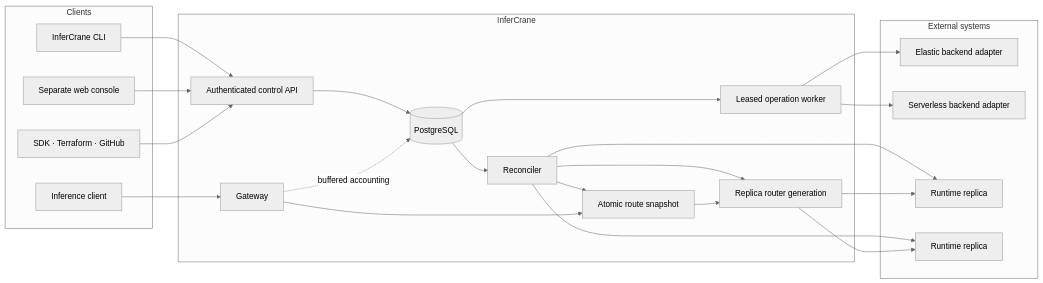
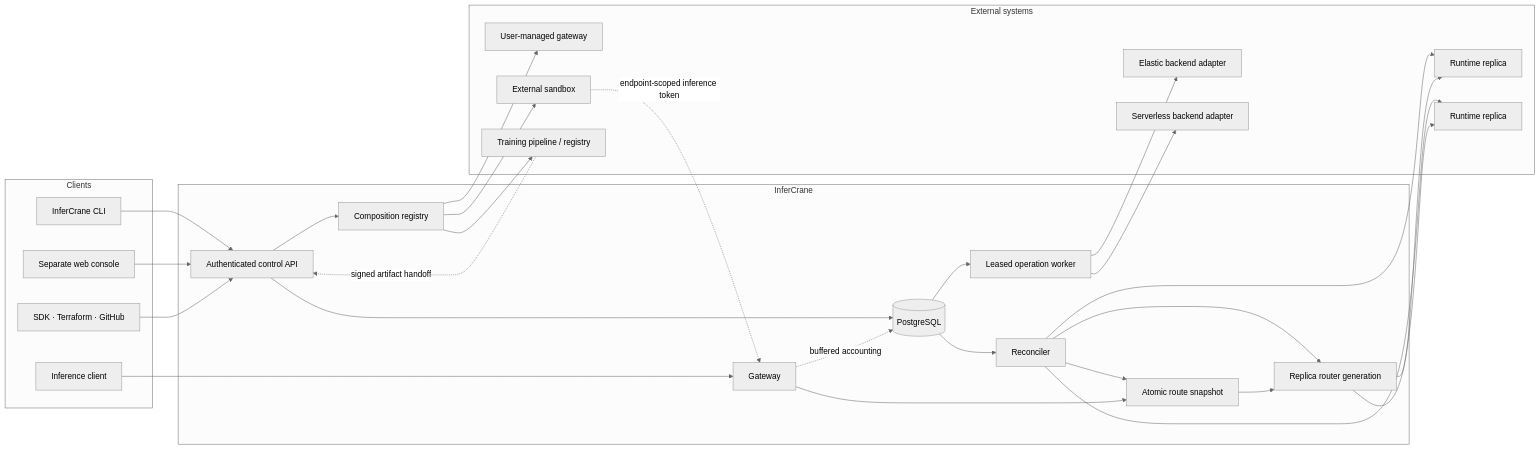
The first of 2 diagrams in docs/architecture/system.mdx (infercrane/infercrane), drawn with Mermaid (neutral theme) before and after one commit. The commit also changed other lines of this file and 41 other files, not shown here.

Commit message:
feat: add replaceable external composition contracts

````diff
--- a/docs/architecture/system.mdx
+++ b/docs/architecture/system.mdx
@@ -12,42 +12,52 @@
 ```mermaid
 flowchart LR
   subgraph clients[Clients]
     CLI[InferCrane CLI]
     DASH[Separate web console]
     DELIVERY[SDK · Terraform · GitHub]
     SDK[Inference client]
   end
 
   subgraph infercrane[InferCrane]
     API[Authenticated control API]
     OPS[Leased operation worker]
     DB[(PostgreSQL)]
     REC[Reconciler]
     SNAP[Atomic route snapshot]
     GW[Gateway]
     ROUTER[Replica router generation]
+    COMPOSE[Composition registry]
   end
 
   subgraph external[External systems]
     ELASTIC[Elastic backend adapter]
     NATIVE[Serverless backend adapter]
     V1[Runtime replica]
     V2[Runtime replica]
+    EXTGW[User-managed gateway]
+    SANDBOX[External sandbox]
+    TRAIN[Training pipeline / registry]
   end
 
   CLI --> API --> DB
   DASH --> API
   DELIVERY --> API
   DB --> OPS
   OPS --> ELASTIC
   OPS --> NATIVE
   DB --> REC
   REC --> V1
   REC --> V2
   REC --> ROUTER
   REC --> SNAP
+  API --> COMPOSE
+  COMPOSE --> EXTGW
+  COMPOSE --> SANDBOX
+  COMPOSE --> TRAIN
   SDK --> GW --> SNAP --> ROUTER
+  SANDBOX -. endpoint-scoped inference token .-> GW
+  TRAIN -. signed artifact handoff .-> API
   ROUTER --> V1
   ROUTER --> V2
   GW -. buffered accounting .-> DB
 ```
````
